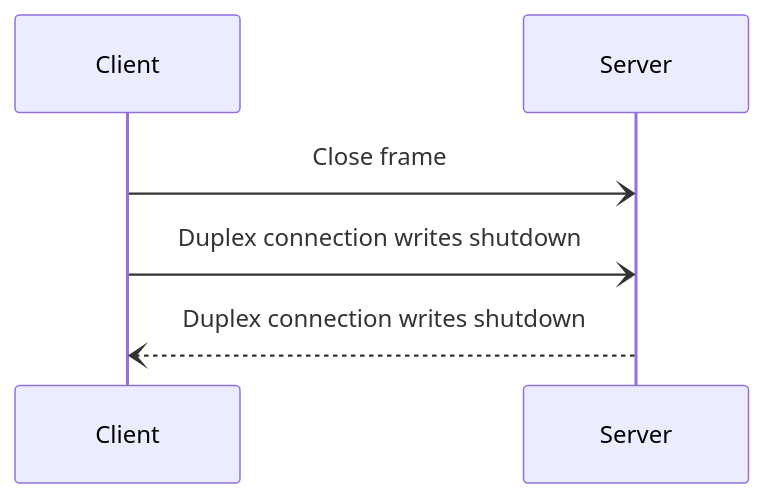
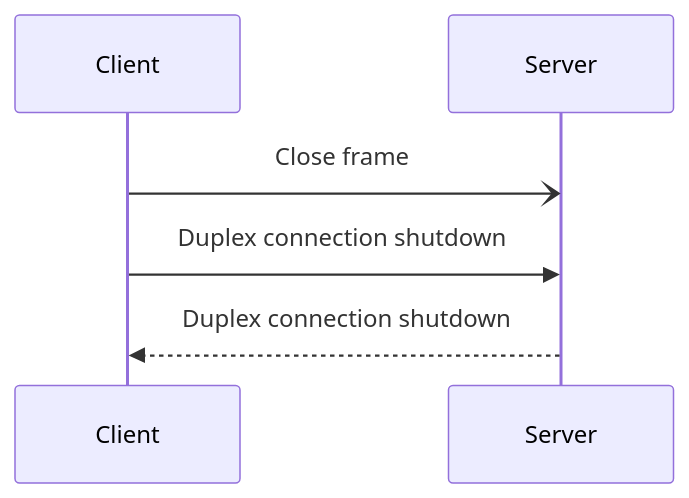
One commit to icerpc/icerpc-docs changed the first of 2 diagrams in pages/icerpc-core/slic-protocol/connection-closure.md. Above: the diagram before and after it, drawn with Mermaid. The commit also changed other lines of this file and 5 other files, not shown here.

Commit message:
Updated diagrams to use sync arrows, fix for #108 (#109)

````diff
--- a/pages/icerpc-core/slic-protocol/connection-closure.md
+++ b/pages/icerpc-core/slic-protocol/connection-closure.md
@@ -38,6 +38,6 @@
 ```mermaid
 sequenceDiagram
     Client-)Server: Close frame
-    Client-)Server: Duplex connection writes shutdown
-    Server--)Client: Duplex connection writes shutdown
+    Client->>Server: Duplex connection shutdown
+    Server-->>Client: Duplex connection shutdown
 ```
````
